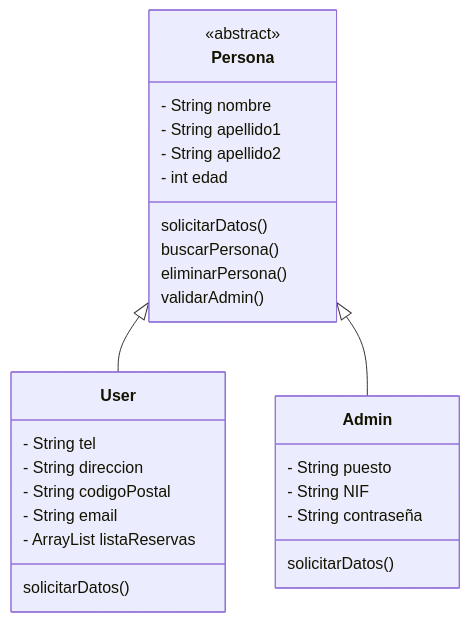
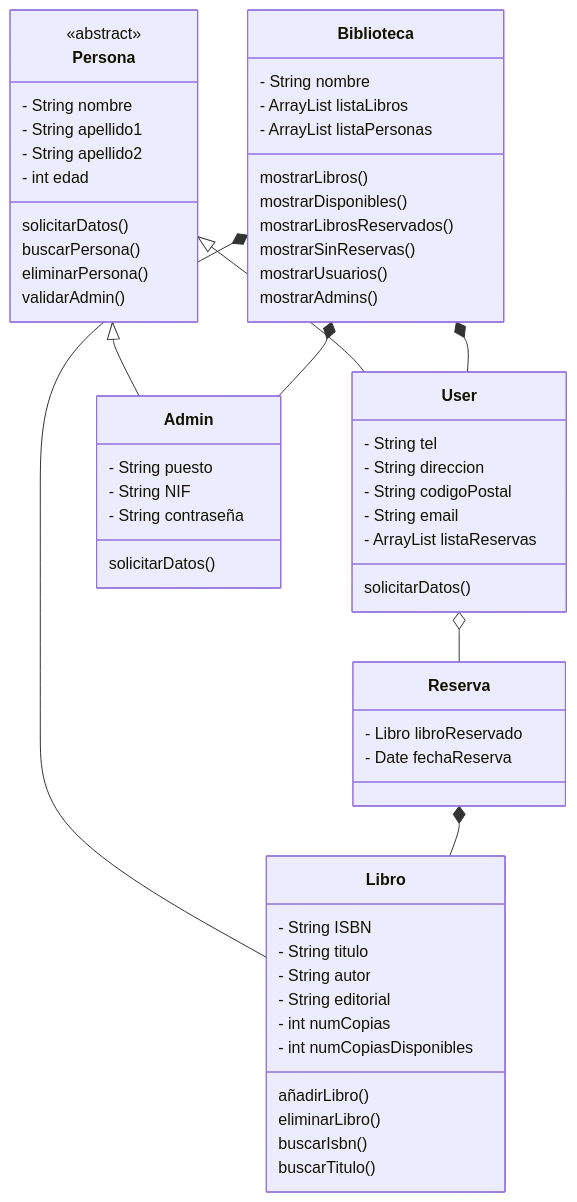
The diagram in README.md (josep-castell-colom/programacio-daw), drawn with Mermaid before and after one commit. The commit also changed 2 other files, not shown here.

Commit message:
readme edit : continue classDiagram

````diff
--- a/README.md
+++ b/README.md
@@ -11,30 +11,62 @@
 ```mermaid
 classDiagram
 class Persona{
   <<abstract>>
   - String nombre
   - String apellido1
   - String apellido2
   - int edad
   solicitarDatos()
   buscarPersona()
   eliminarPersona()
   validarAdmin()
 }
 class User{
   - String tel
   - String direccion
   - String codigoPostal
   - String email
   - ArrayList<Reserva> listaReservas
   solicitarDatos()
 }
 class Admin{
   - String puesto
   - String NIF
   - String contraseña
   solicitarDatos()
 }
-Persona<|--User
-Persona<|--Admin
+class Biblioteca{
+  - String nombre
+  - ArrayList<Libro> listaLibros
+  - ArrayList<Persona> listaPersonas
+  mostrarLibros()
+  mostrarDisponibles()
+  mostrarLibrosReservados()
+  mostrarSinReservas()
+  mostrarUsuarios()
+  mostrarAdmins()
+}
+class Libro{
+  - String ISBN
+  - String titulo
+  - String autor
+  - String editorial
+  - int numCopias
+  - int numCopiasDisponibles
+  añadirLibro()
+  eliminarLibro()
+  buscarIsbn()
+  buscarTitulo()
+}
+class Reserva{
+  - Libro libroReservado
+  - Date fechaReserva
+}
+Persona <|-- User
+Persona <|-- Admin
+Biblioteca *-- Libro
+Biblioteca *-- Admin
+Biblioteca *-- User
+User o-- Reserva
+Reserva *-- Libro
 ```
````
